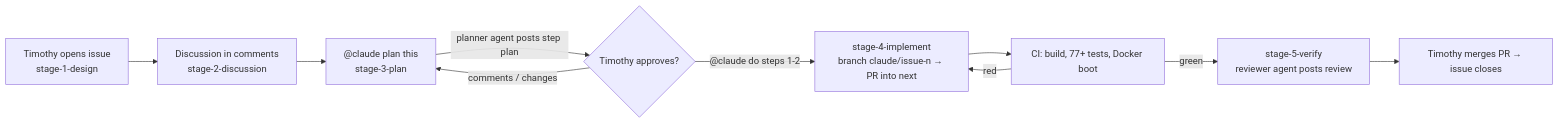
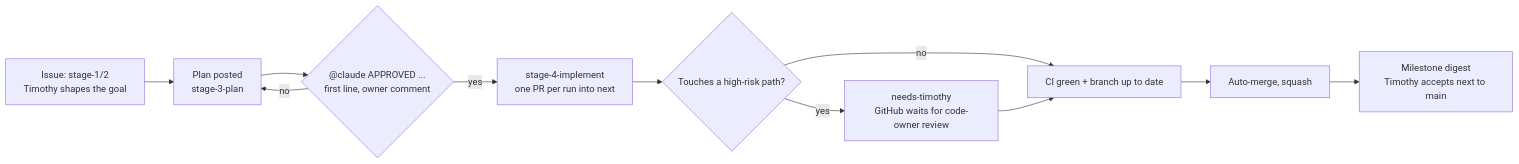
The diagram in docs/AI_WORKFLOW.md (Timothy-Lee-Grant/Tool_Box), drawn with Mermaid before and after one commit. The commit also changed other lines of this file and 2 other files, not shown here.

Commit message:
Workflow v2 step 6: rewrite AI_WORKFLOW, add digest template, remove probe (Part of #84)

````diff
--- a/docs/AI_WORKFLOW.md
+++ b/docs/AI_WORKFLOW.md
@@ -20,12 +28,13 @@
 ```mermaid
 flowchart LR
-  A[Timothy opens issue<br/>stage-1-design] --> B[Discussion in comments<br/>stage-2-discussion]
-  B --> C["@claude plan this"<br/>stage-3-plan]
-  C -->|planner agent posts step plan| D{Timothy approves?}
-  D -- comments / changes --> C
-  D -- "@claude do steps 1-2" --> E[stage-4-implement<br/>branch claude/issue-n → PR into next]
-  E --> F[CI: build, 77+ tests, Docker boot]
-  F -->|red| E
-  F -->|green| G[stage-5-verify<br/>reviewer agent posts review]
-  G --> H[Timothy merges PR → issue closes]
+  A[Issue: stage-1/2<br/>Timothy shapes the goal] --> B["Plan posted<br/>stage-3-plan"]
+  B --> C{"@claude APPROVED ..."<br/>first line, owner comment}
+  C -- no --> B
+  C -- yes --> D[stage-4-implement<br/>one PR per run into next]
+  D --> E{Touches a high-risk path?}
+  E -- no --> F[CI green + branch up to date]
+  E -- yes --> G[needs-timothy<br/>GitHub waits for code-owner review]
+  G --> F
+  F --> H[Auto-merge, squash]
+  H --> I[Milestone digest<br/>Timothy accepts next to main]
 ```
````
